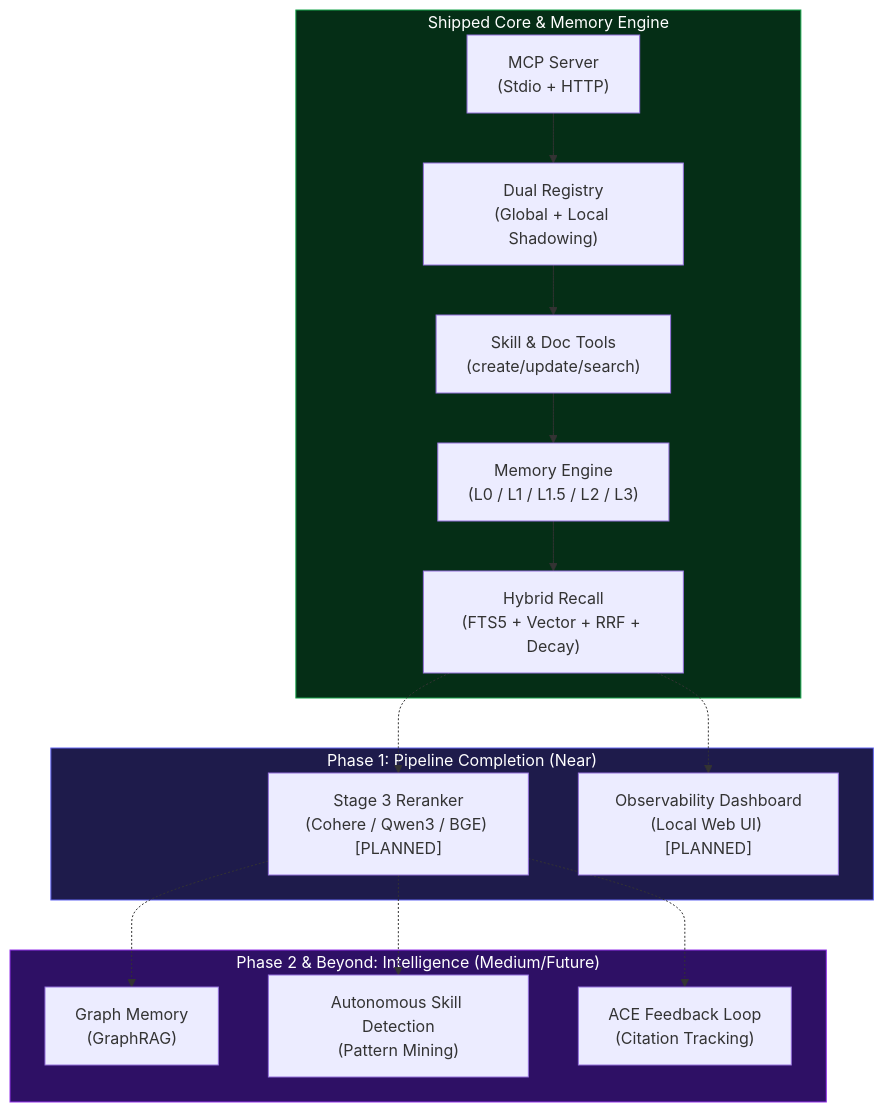
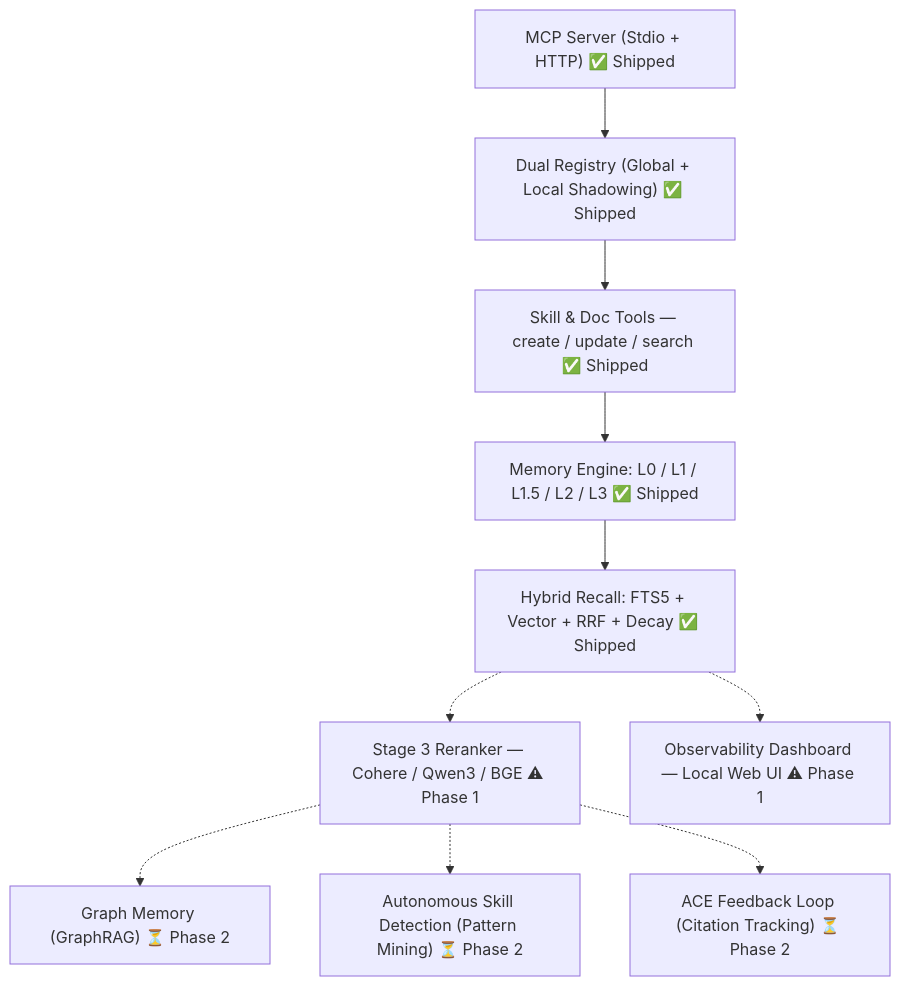
One commit to kinqsradiollc/BrainRouter changed the diagram in TODO.md. Above: the diagram before and after it, drawn with Mermaid. The commit also changed 3 other files, not shown here.

Commit message:
refactor: simplify Mermaid diagrams across documentation files to improve visual clarity and consistency

````diff
--- a/TODO.md
+++ b/TODO.md
@@ -10,27 +10,14 @@
 ```mermaid
 graph TD
-    %% Shipped Base
-    subgraph Shipped["Shipped Core & Memory Engine"]
-        MCP["MCP Server\n(Stdio + HTTP)"] --> Reg["Dual Registry\n(Global + Local Shadowing)"]
-        Reg --> Tools["Skill & Doc Tools\n(create/update/search)"]
-        Tools --> MemCore["Memory Engine\n(L0 / L1 / L1.5 / L2 / L3)"]
-        MemCore --> Hybrid["Hybrid Recall\n(FTS5 + Vector + RRF + Decay)"]
-    end
+    MCP["MCP Server (Stdio + HTTP) ✅ Shipped"] --> Reg["Dual Registry (Global + Local Shadowing) ✅ Shipped"]
+    Reg --> Tools["Skill & Doc Tools — create / update / search ✅ Shipped"]
+    Tools --> MemCore["Memory Engine: L0 / L1 / L1.5 / L2 / L3 ✅ Shipped"]
+    MemCore --> Hybrid["Hybrid Recall: FTS5 + Vector + RRF + Decay ✅ Shipped"]
 
-    %% In-Progress / Next
-    subgraph Phase1["Phase 1: Pipeline Completion (Near)"]
-        Hybrid -.-> Rerank["Stage 3 Reranker\n(Cohere / Qwen3 / BGE) [PLANNED]"]
-        Hybrid -.-> Dash["Observability Dashboard\n(Local Web UI) [PLANNED]"]
-    end
+    Hybrid -.-> Rerank["Stage 3 Reranker — Cohere / Qwen3 / BGE ⚠ Phase 1"]
+    Hybrid -.-> Dash["Observability Dashboard — Local Web UI ⚠ Phase 1"]
 
-    %% Medium / Future
-    subgraph Phase2["Phase 2 & Beyond: Intelligence (Medium/Future)"]
-        Rerank -.-> Graph["Graph Memory\n(GraphRAG)"]
-        Rerank -.-> Auto["Autonomous Skill Detection\n(Pattern Mining)"]
-        Rerank -.-> ACE["ACE Feedback Loop\n(Citation Tracking)"]
-    end
-
-    style Shipped fill:#052e16,stroke:#16a34a,color:#fff
-    style Phase1 fill:#1e1b4b,stroke:#6366f1,color:#fff
-    style Phase2 fill:#2e1065,stroke:#9333ea,color:#fff
+    Rerank -.-> Graph["Graph Memory (GraphRAG) ⏳ Phase 2"]
+    Rerank -.-> Auto["Autonomous Skill Detection (Pattern Mining) ⏳ Phase 2"]
+    Rerank -.-> ACE["ACE Feedback Loop (Citation Tracking) ⏳ Phase 2"]
 ```
````
